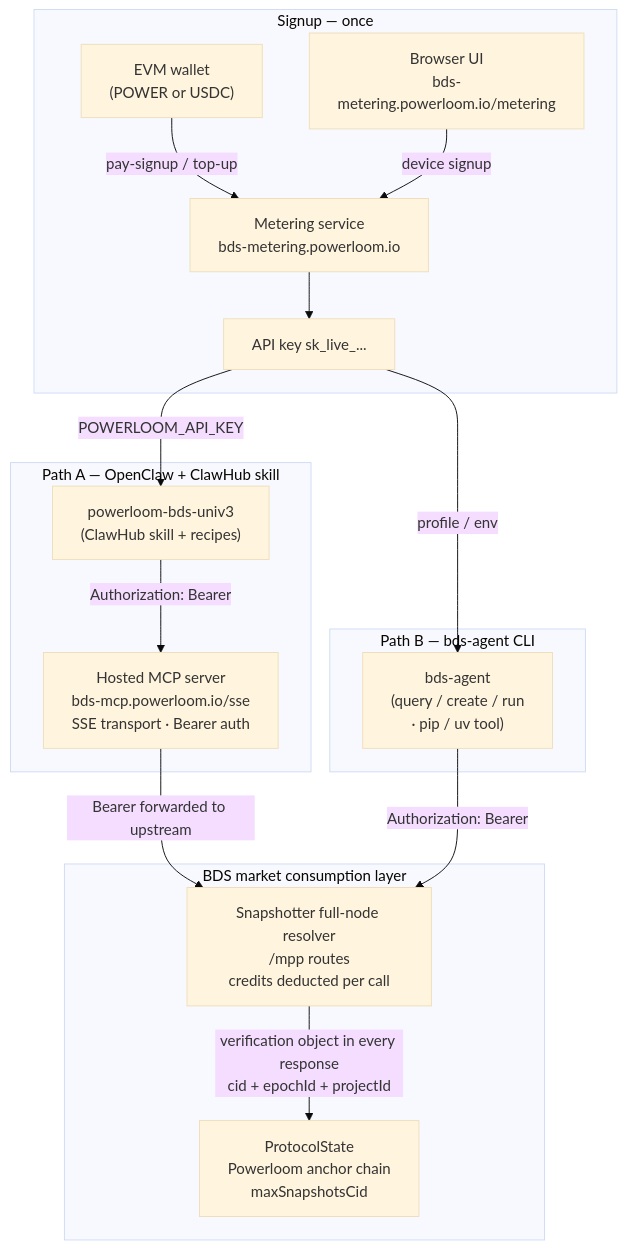
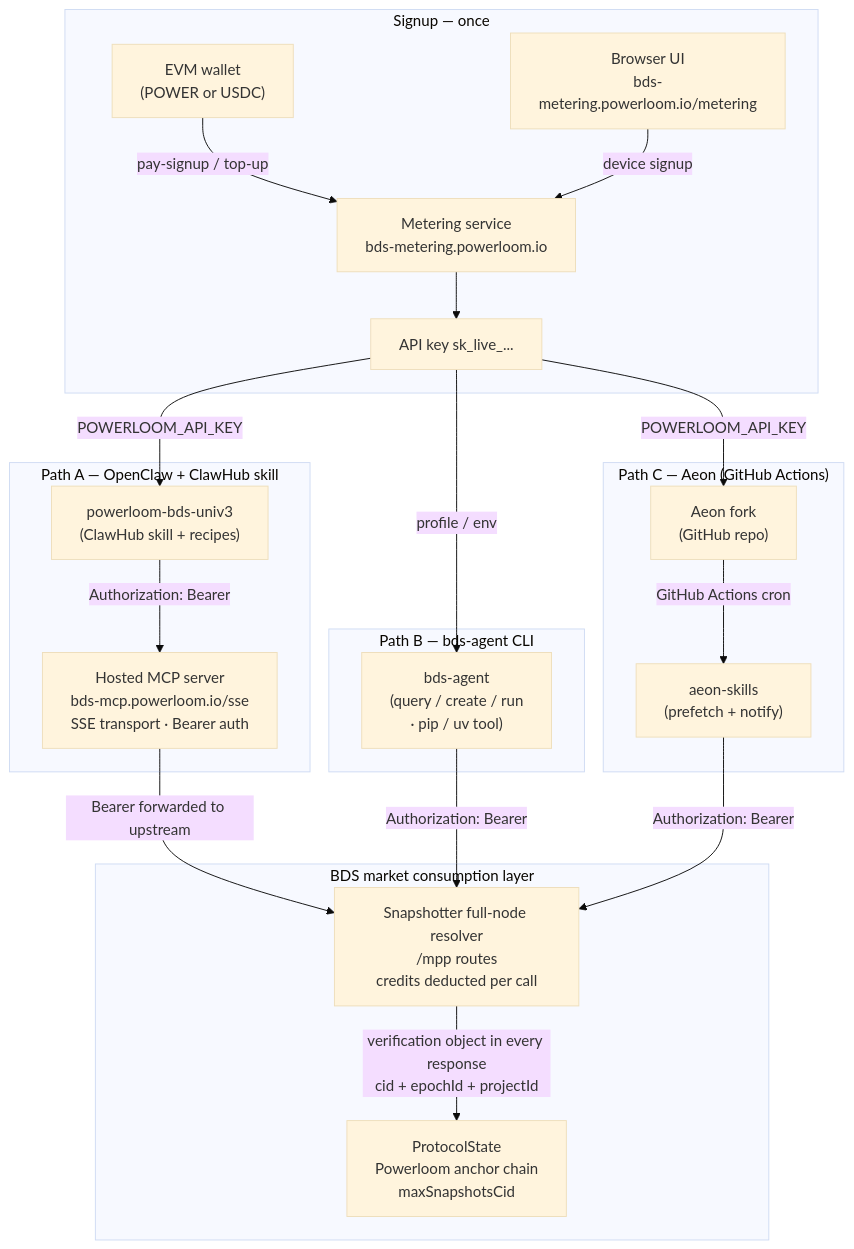
Before and after one commit to powerloom/docs: the diagram in docs/agents-and-bds/overview.md, drawn with Mermaid (base theme). The commit also changed other lines of this file and 15 other files, not shown here.

````diff
--- a/docs/agents-and-bds/overview.md
+++ b/docs/agents-and-bds/overview.md
@@ -25,33 +25,41 @@
 ```mermaid
 flowchart TD
     subgraph onboard [Signup — once]
         evmWallet["EVM wallet\n(POWER or USDC)"]
         browserUI["Browser UI\nbds-metering.powerloom.io/metering"]
         meteringService["Metering service\nbds-metering.powerloom.io"]
         apiKey["API key   sk_live_..."]
         evmWallet -->|"pay-signup / top-up"| meteringService
         browserUI -->|"device signup"| meteringService
         meteringService --> apiKey
     end
 
     subgraph pathA ["Path A — OpenClaw + ClawHub skill"]
         clawSkill["powerloom-bds-univ3\n(ClawHub skill + recipes)"]
         hostedMCP["Hosted MCP server\nbds-mcp.powerloom.io/sse\nSSE transport · Bearer auth"]
         clawSkill -->|"Authorization: Bearer"| hostedMCP
     end
 
     subgraph pathB ["Path B — bds-agent CLI"]
         bdsAgent["bds-agent\n(query / create / run\n· pip / uv tool)"]
     end
 
+    subgraph pathC ["Path C — Aeon (GitHub Actions)"]
+        aeonFork["Aeon fork\n(GitHub repo)"]
+        aeonSkills["aeon-skills\n(prefetch + notify)"]
+        aeonFork -->|"GitHub Actions cron"| aeonSkills
+    end
+
     subgraph dataLayer [BDS market consumption layer]
         coreAPI["Snapshotter full-node resolver\n/mpp routes\ncredits deducted per call"]
         protState["ProtocolState\nPowerloom anchor chain\nmaxSnapshotsCid"]
         coreAPI -->|"verification object in every response\ncid + epochId + projectId"| protState
     end
 
     apiKey -->|"POWERLOOM_API_KEY"| clawSkill
     apiKey -->|"profile / env"| bdsAgent
+    apiKey -->|"POWERLOOM_API_KEY"| aeonFork
     hostedMCP -->|"Bearer forwarded to upstream"| coreAPI
     bdsAgent -->|"Authorization: Bearer"| coreAPI
+    aeonSkills -->|"Authorization: Bearer"| coreAPI
 ```
````
